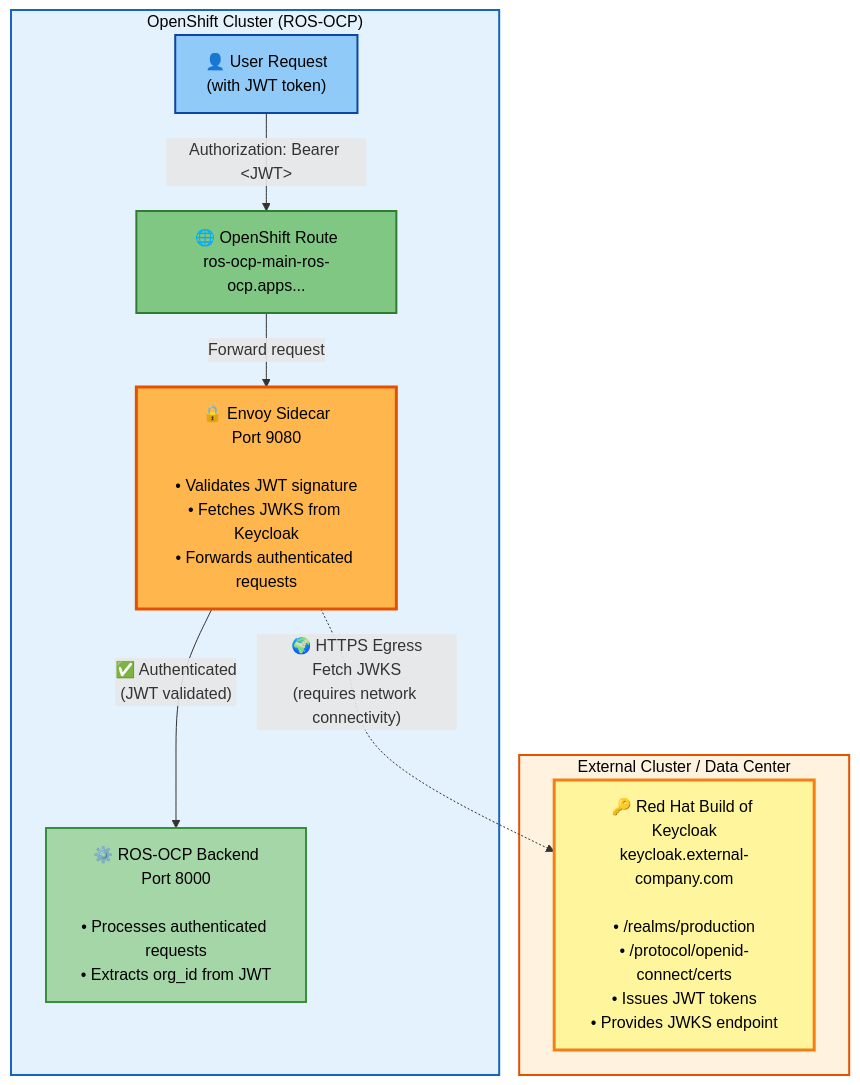
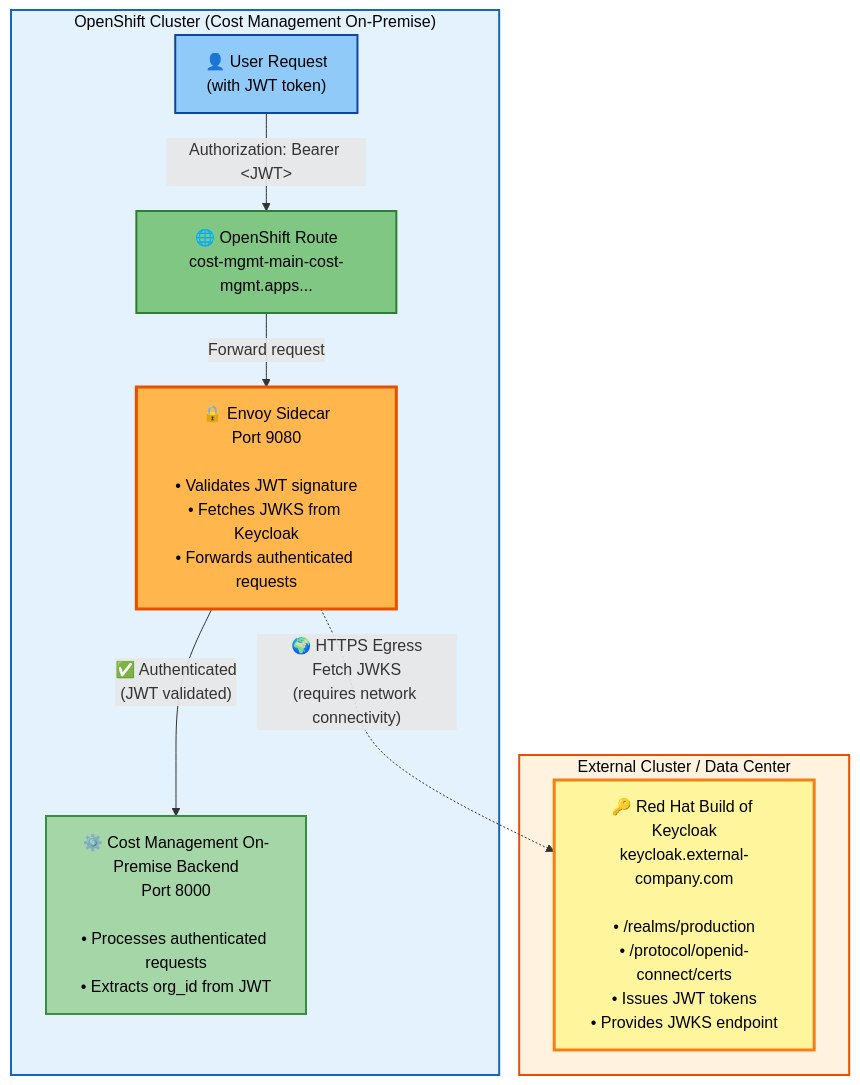
One commit to jordigilh/ros-helm-chart changed the diagram in docs/external-keycloak-scenario.md. Above: the diagram before and after it, drawn with Mermaid. The commit also changed other lines of this file and 14 other files, not shown here.

First line of the commit message:
docs: Update all documentation for chart rename and refactoring

````diff
--- a/docs/external-keycloak-scenario.md
+++ b/docs/external-keycloak-scenario.md
@@ -41,27 +41,27 @@
 ```mermaid
 graph TB
-    subgraph ocp["OpenShift Cluster (ROS-OCP)"]
+    subgraph ocp["OpenShift Cluster (Cost Management On-Premise)"]
         User["👤 User Request<br/>(with JWT token)"]
-        Route["🌐 OpenShift Route<br/>ros-ocp-main-ros-ocp.apps..."]
+        Route["🌐 OpenShift Route<br/>cost-mgmt-main-cost-mgmt.apps..."]
         Envoy["🔒 Envoy Sidecar<br/>Port 9080<br/><br/>• Validates JWT signature<br/>• Fetches JWKS from Keycloak<br/>• Forwards authenticated requests"]
-        Backend["⚙️ ROS-OCP Backend<br/>Port 8000<br/><br/>• Processes authenticated requests<br/>• Extracts org_id from JWT"]
+        Backend["⚙️ Cost Management On-Premise Backend<br/>Port 8000<br/><br/>• Processes authenticated requests<br/>• Extracts org_id from JWT"]
 
         User -->|"Authorization: Bearer &lt;JWT&gt;"| Route
         Route -->|Forward request| Envoy
         Envoy -->|"✅ Authenticated<br/>(JWT validated)"| Backend
     end
 
     subgraph external["External Cluster / Data Center"]
         Keycloak["🔑 Red Hat Build of Keycloak<br/>keycloak.external-company.com<br/><br/>• /realms/production<br/>• /protocol/openid-connect/certs<br/>• Issues JWT tokens<br/>• Provides JWKS endpoint"]
     end
 
     Envoy -.->|"🌍 HTTPS Egress<br/>Fetch JWKS<br/>(requires network connectivity)"| Keycloak
 
     style ocp fill:#e3f2fd,stroke:#1565c0,stroke-width:2px,color:#000
     style external fill:#fff3e0,stroke:#e65100,stroke-width:2px,color:#000
     style User fill:#90caf9,stroke:#0d47a1,stroke-width:2px,color:#000
     style Route fill:#81c784,stroke:#2e7d32,stroke-width:2px,color:#000
     style Envoy fill:#ffb74d,stroke:#e65100,stroke-width:3px,color:#000
     style Backend fill:#a5d6a7,stroke:#388e3c,stroke-width:2px,color:#000
     style Keycloak fill:#fff59d,stroke:#f57f17,stroke-width:3px,color:#000
 ```
````
